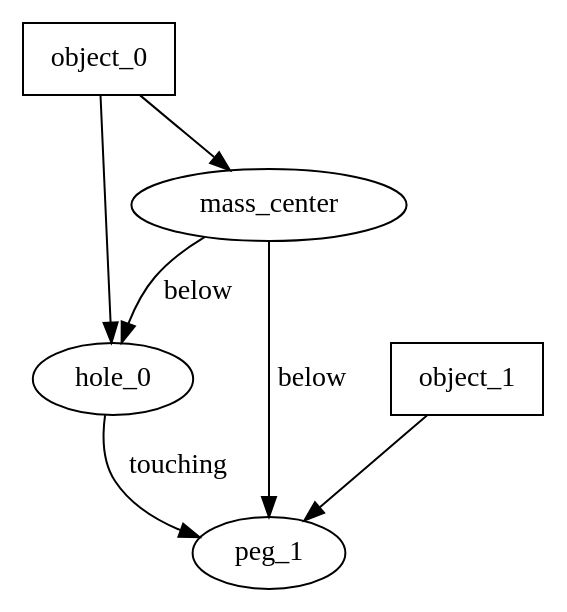
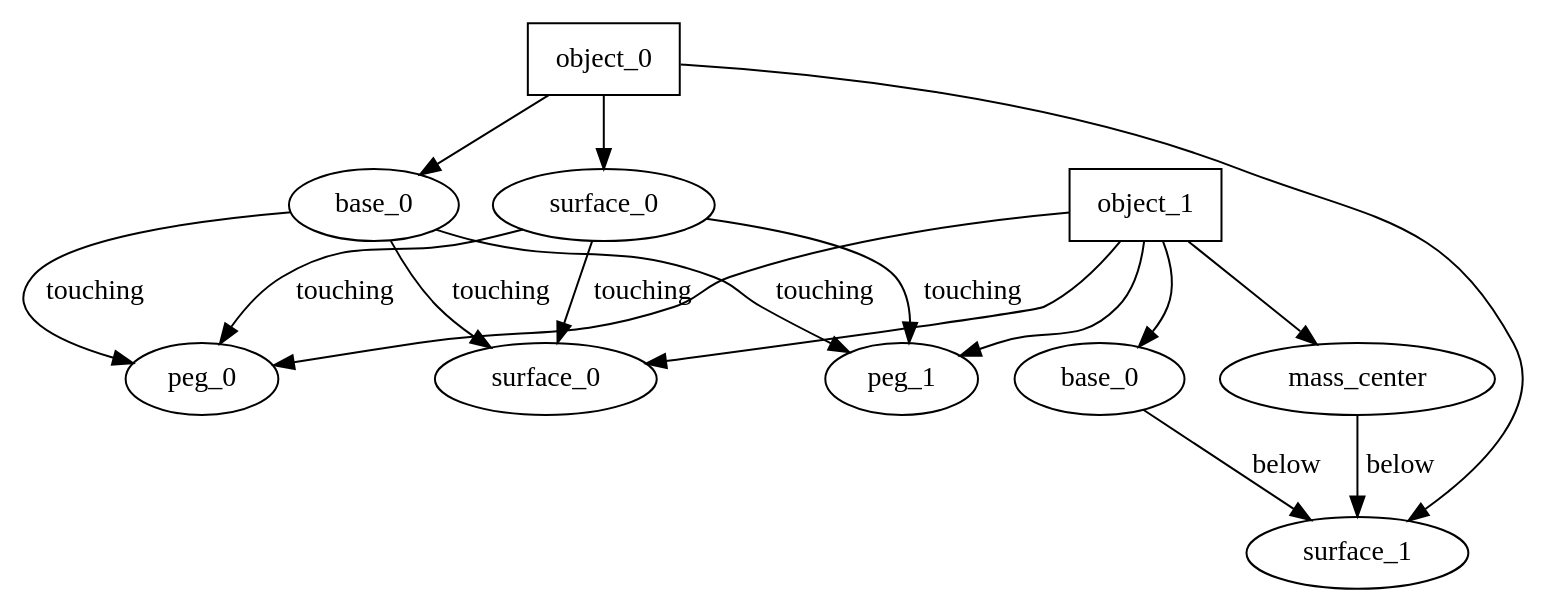
The diagram in graph_task_after.dot (lubiluk/halepensis), drawn with Graphviz before and after one commit. The commit also changed 30 other files, not shown here.

```diff
--- a/graph_task_after.dot
+++ b/graph_task_after.dot
@@ -1,13 +1,28 @@
 digraph G {
 0[label="object_0" shape=box];
-1[label="hole_0"];
+1[label="base_0"];
 2[label="object_1" shape=box];
-3[label="peg_1"];
-4[label="mass_center"];
+3[label="peg_0"];
+4[label="peg_1"];
+5[label="surface_0"];
+6[label="surface_0"];
+7[label="base_0"];
+8[label="surface_1"];
+9[label="mass_center"];
 0->1 [label=""];
 2->3 [label=""];
 1->3 [label="touching"];
-0->4 [label=""];
-4->1 [label="below"];
-4->3 [label="below"];
+2->4 [label=""];
+1->4 [label="touching"];
+2->5 [label=""];
+1->5 [label="touching"];
+0->6 [label=""];
+6->3 [label="touching"];
+6->4 [label="touching"];
+6->5 [label="touching"];
+2->7 [label=""];
+0->8 [label=""];
+7->8 [label="below"];
+2->9 [label=""];
+9->8 [label="below"];
 }
```
